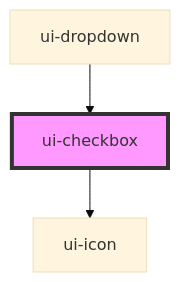
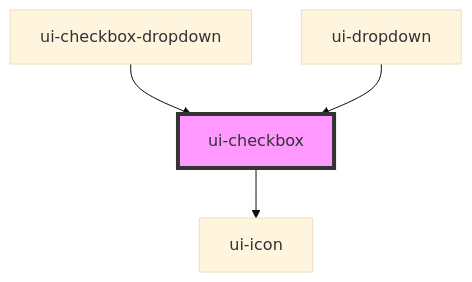
One commit to karan-technous/web-componenets-custome-lib changed the diagram in ui-platform/packages/web-components/src/components/ui-checkbox/readme.md. Above: the diagram before and after it, drawn with Mermaid (base theme). The commit also changed other lines of this file and 28 other files, not shown here.

Commit message:
checkbox dropdown component and spinner component done

````diff
--- a/ui-platform/packages/web-components/src/components/ui-checkbox/readme.md
+++ b/ui-platform/packages/web-components/src/components/ui-checkbox/readme.md
@@ -37,6 +41,7 @@
 ```mermaid
 graph TD;
   ui-checkbox --> ui-icon
+  ui-checkbox-dropdown --> ui-checkbox
   ui-dropdown --> ui-checkbox
   style ui-checkbox fill:#f9f,stroke:#333,stroke-width:4px
 ```
````
